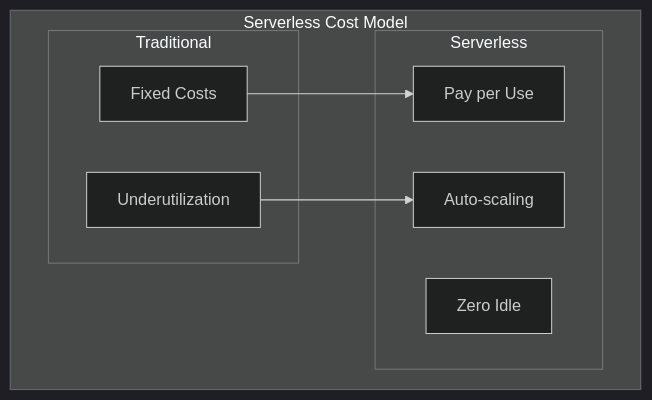
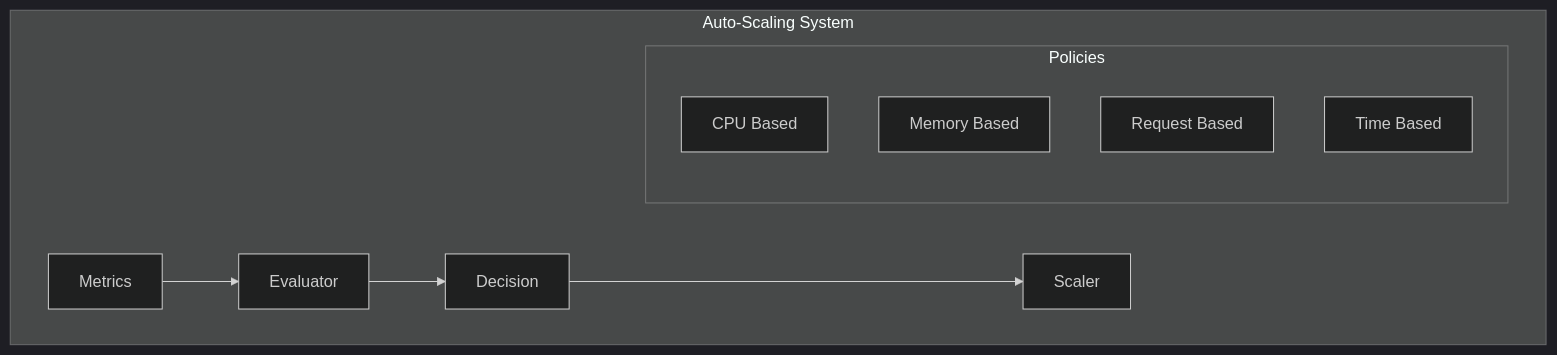
One commit to saravanakumarrc/Architecture_Journey changed the third of 4 diagrams in src/Cost_Optimization_Strategies.md. Above: the diagram before and after it, drawn with Mermaid (dark theme). The commit also changed other lines of this file and 3 other files, not shown here.

````diff
--- a/src/Cost_Optimization_Strategies.md
+++ b/src/Cost_Optimization_Strategies.md
@@ -118,20 +140,15 @@
 ```mermaid
-graph LR
-    subgraph "Serverless Cost Model"
-        direction LR
+graph TB
+    subgraph "Auto-Scaling System"
+        M[Metrics] --> E[Evaluator]
+        E --> D[Decision]
+        D --> S[Scaler]
         
-        subgraph "Traditional"
-            T1[Fixed Costs]
-            T2[Underutilization]
+        subgraph "Policies"
+            CPU[CPU Based]
+            MEM[Memory Based]
+            REQ[Request Based]
+            TIME[Time Based]
         end
-        
-        subgraph "Serverless"
-            S1[Pay per Use]
-            S2[Auto-scaling]
-            S3[Zero Idle]
-        end
-        
-        T1 --> S1
-        T2 --> S2
     end
 ```
````
